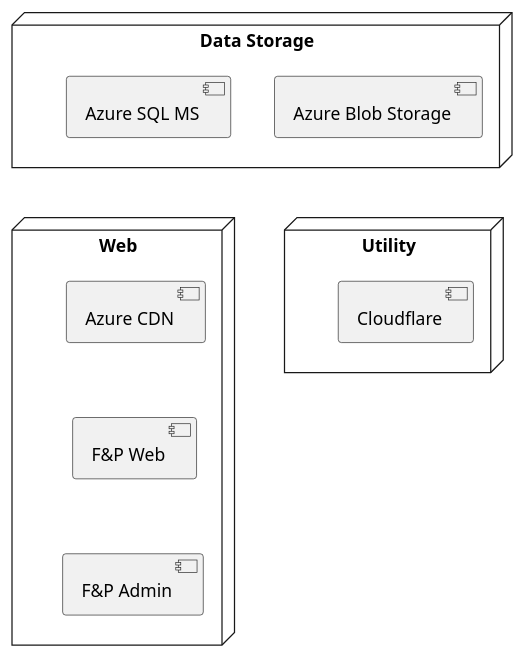
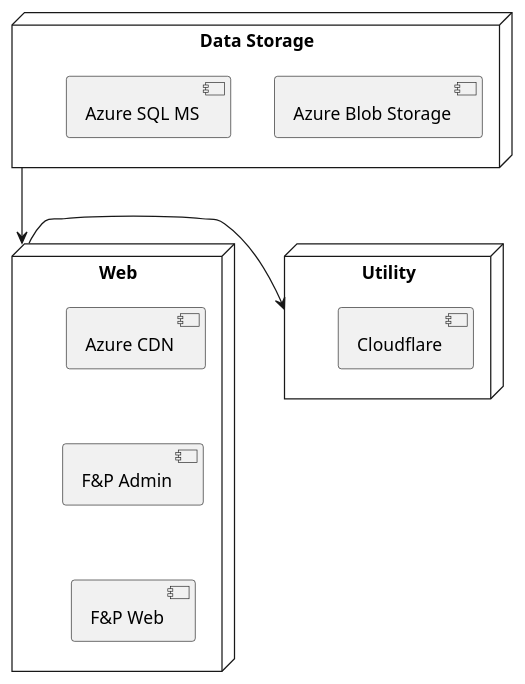
Before and after one commit to bearandhammer/knowledge-vault: the first of 2 diagrams in obsidian-vault/🐸 Frog & Pencil/Architecture Diagram.md, drawn with PlantUML.

Commit message:
Lews PC vault backup: 06/04/2022 21:37:59
Affected files:
obsidian-vault/🐸 Frog & Pencil/Architecture Diagram.md

````diff
--- a/obsidian-vault/🐸 Frog & Pencil/Architecture Diagram.md
+++ b/obsidian-vault/🐸 Frog & Pencil/Architecture Diagram.md
@@ -9,22 +9,22 @@
 ```plantuml
 node "Data Storage" as DS {
 [Azure Blob Storage] as ABS
 [Azure SQL MS] as ASMS
 }
 
 node "Web" as WEB {
 [Azure CDN] as ACDN
 [F&P Web] as FPW
 [F&P Admin] as FPA
 
-ACDN -[hidden]d-> FPW
-FPW -[hidden]d-> FPA
+ACDN -[hidden]d-> FPA
+FPA -[hidden]d-> FPW
 }
 
 node "Utility" as UT {
 [Cloudflare] as CF
 }
 
-DS -[hidden]d-> WEB
-WEB -[hidden]r-> UT
+DS --d-> WEB
+WEB --r-> UT
 ```
````
